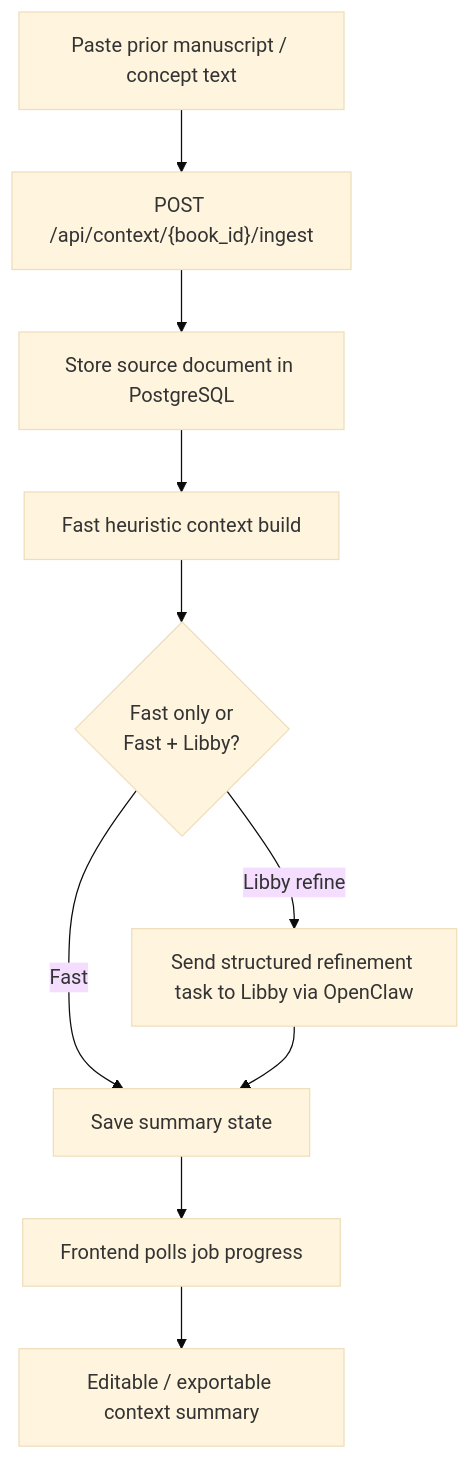
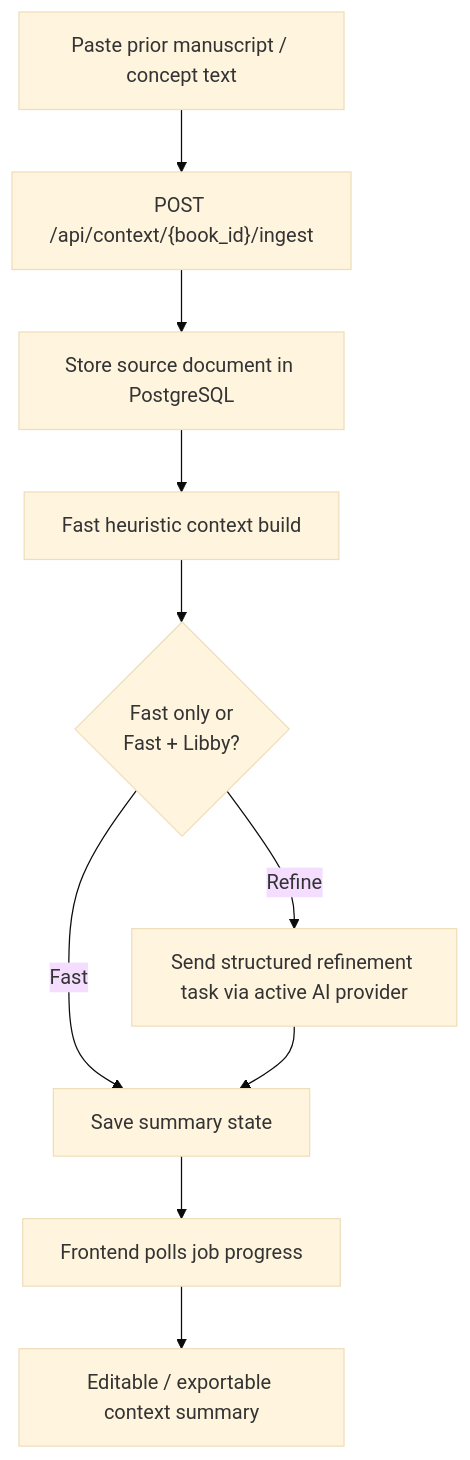
The third of 4 diagrams in README.md (gptkiosk/story-forge), drawn with Mermaid (base theme) before and after one commit. The commit also changed other lines of this file and 9 other files, not shown here.

````diff
--- a/README.md
+++ b/README.md
@@ -53,12 +56,12 @@
 ```mermaid
 flowchart TD
     A["Paste prior manuscript / concept text"] --> B["POST /api/context/{book_id}/ingest"]
     B --> C["Store source document in PostgreSQL"]
     C --> D["Fast heuristic context build"]
     D --> E{"Fast only or<br/>Fast + Libby?"}
     E -->|Fast| F["Save summary state"]
-    E -->|Libby refine| G["Send structured refinement task to Libby via OpenClaw"]
+    E -->|Refine| G["Send structured refinement task via active AI provider"]
     G --> F
     F --> H["Frontend polls job progress"]
     H --> I["Editable / exportable context summary"]
 ```
````
